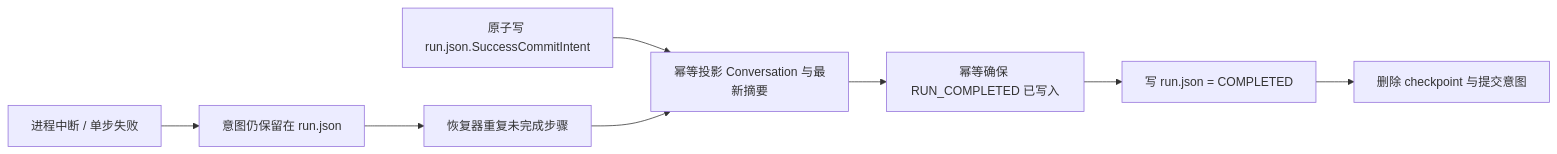
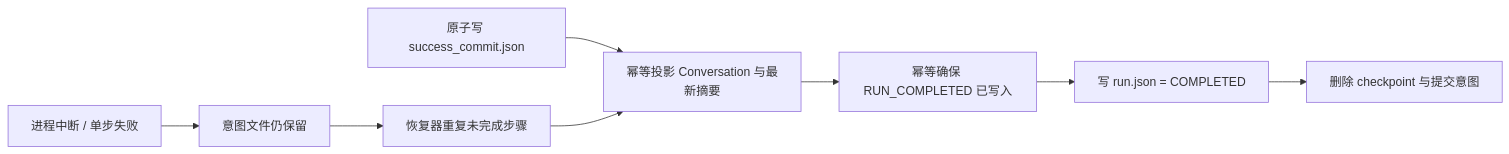
Before and after one commit to aandbcct/dotClaw: the eighth of 8 diagrams in docs/wiki/Runtime 模块总体说明.md, drawn with Mermaid. The commit also changed other lines of this file and 12 other files, not shown here.

````diff
--- a/docs/wiki/Runtime 模块总体说明.md
+++ b/docs/wiki/Runtime 模块总体说明.md
@@ -391,10 +397,10 @@
 ```mermaid
 flowchart LR
-    A["原子写 run.json.SuccessCommitIntent"] --> B["幂等投影 Conversation 与最新摘要"]
+    A["原子写 success_commit.json"] --> B["幂等投影 Conversation 与最新摘要"]
     B --> C["幂等确保 RUN_COMPLETED 已写入"]
     C --> D["写 run.json = COMPLETED"]
     D --> E["删除 checkpoint 与提交意图"]
-    F["进程中断 / 单步失败"] --> G["意图仍保留在 run.json"]
+    F["进程中断 / 单步失败"] --> G["意图文件仍保留"]
     G --> H["恢复器重复未完成步骤"]
     H --> B
 ```
````
